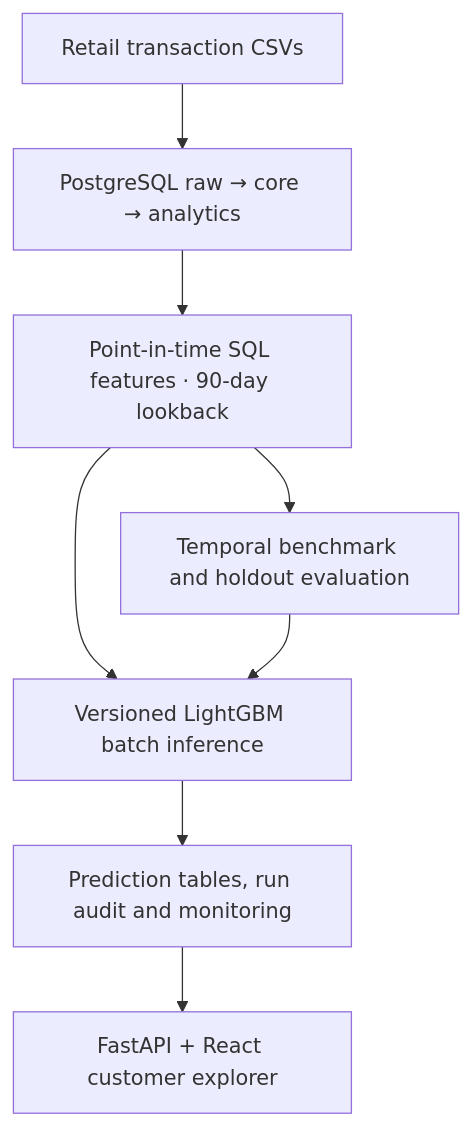
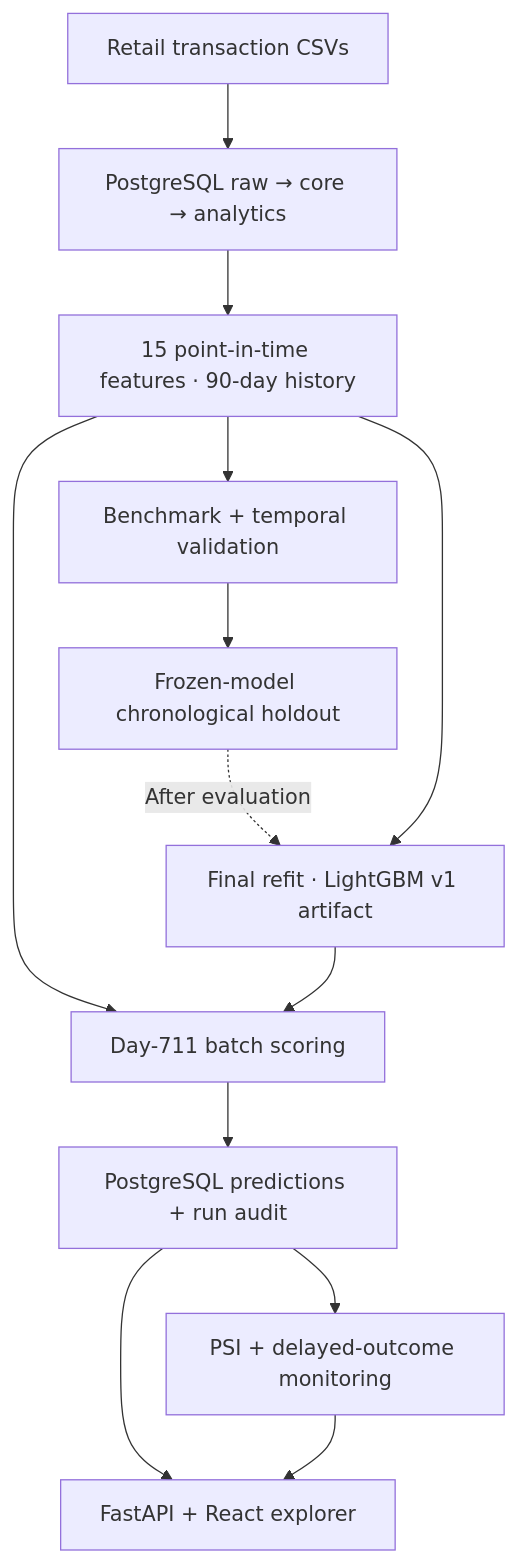
Before and after one commit to dorsakh/retail-customer-analytics: the diagram in README.md, drawn with Mermaid. The commit also changed other lines of this file and 3 other files, not shown here.

````diff
--- a/README.md
+++ b/README.md
@@ -29,10 +33,15 @@
 ```mermaid
 flowchart TD
     A["Retail transaction CSVs"] --> B["PostgreSQL raw → core → analytics"]
-    B --> C["Point-in-time SQL features · 90-day lookback"]
-    C --> D["Temporal benchmark and holdout evaluation"]
-    C --> E["Versioned LightGBM batch inference"]
-    D --> E
-    E --> F["Prediction tables, run audit and monitoring"]
-    F --> G["FastAPI + React customer explorer"]
+    B --> C["15 point-in-time features · 90-day history"]
+    C --> D["Benchmark + temporal validation"]
+    D --> E["Frozen-model chronological holdout"]
+    E -. "After evaluation" .-> F["Final refit · LightGBM v1 artifact"]
+    C --> F
+    C --> G["Day-711 batch scoring"]
+    F --> G
+    G --> H["PostgreSQL predictions + run audit"]
+    H --> I["FastAPI + React explorer"]
+    H --> J["PSI + delayed-outcome monitoring"]
+    J --> I
 ```
````
